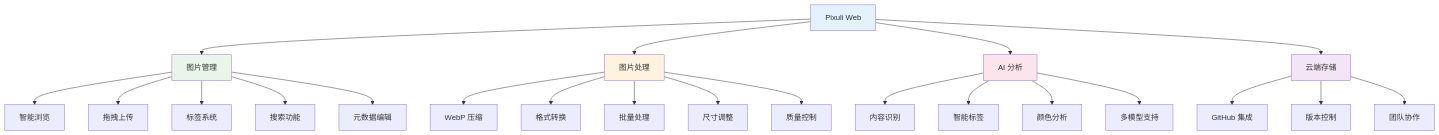
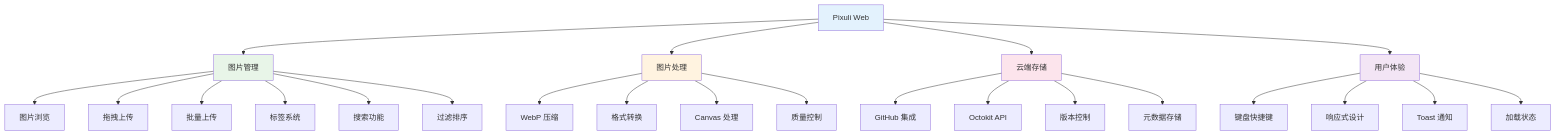
The first of 2 diagrams in apps/web/README.md (trueLoving/Pixuli), drawn with Mermaid before and after one commit. The commit also changed other lines of this file and 25 other files, not shown here.

````diff
--- a/apps/web/README.md
+++ b/apps/web/README.md
@@ -12,34 +12,35 @@
 ```mermaid
 graph TB
     A[Pixuli Web] --> B[图片管理]
     A --> C[图片处理]
-    A --> D[AI 分析]
-    A --> E[云端存储]
+    A --> D[云端存储]
+    A --> E[用户体验]
     
-    B --> B1[智能浏览]
+    B --> B1[图片浏览]
     B --> B2[拖拽上传]
-    B --> B3[标签系统]
-    B --> B4[搜索功能]
-    B --> B5[元数据编辑]
+    B --> B3[批量上传]
+    B --> B4[标签系统]
+    B --> B5[搜索功能]
+    B --> B6[过滤排序]
     
     C --> C1[WebP 压缩]
     C --> C2[格式转换]
-    C --> C3[批量处理]
-    C --> C4[尺寸调整]
-    C --> C5[质量控制]
+    C --> C3[Canvas 处理]
+    C --> C4[质量控制]
     
-    D --> D1[内容识别]
-    D --> D2[智能标签]
-    D --> D3[颜色分析]
-    D --> D4[多模型支持]
+    D --> D1[GitHub 集成]
+    D --> D2[Octokit API]
+    D --> D3[版本控制]
+    D --> D4[元数据存储]
     
-    E --> E1[GitHub 集成]
-    E --> E2[版本控制]
-    E --> E3[团队协作]
+    E --> E1[键盘快捷键]
+    E --> E2[响应式设计]
+    E --> E3[Toast 通知]
+    E --> E4[加载状态]
     
     style A fill:#e3f2fd
     style B fill:#e8f5e8
     style C fill:#fff3e0
     style D fill:#fce4ec
     style E fill:#f3e5f5
 ```
````
